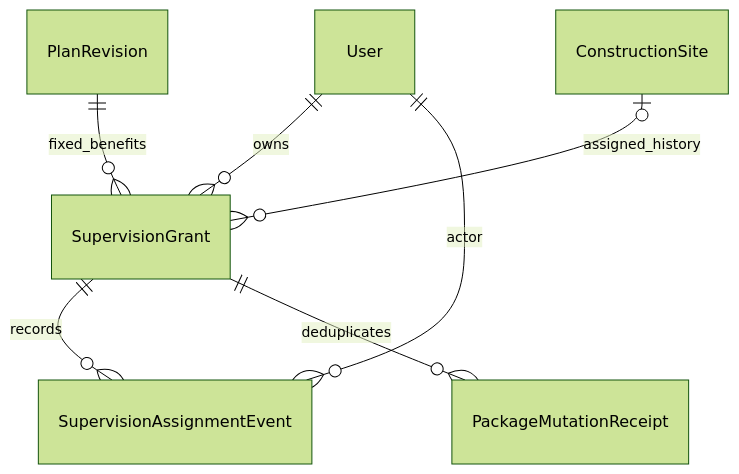
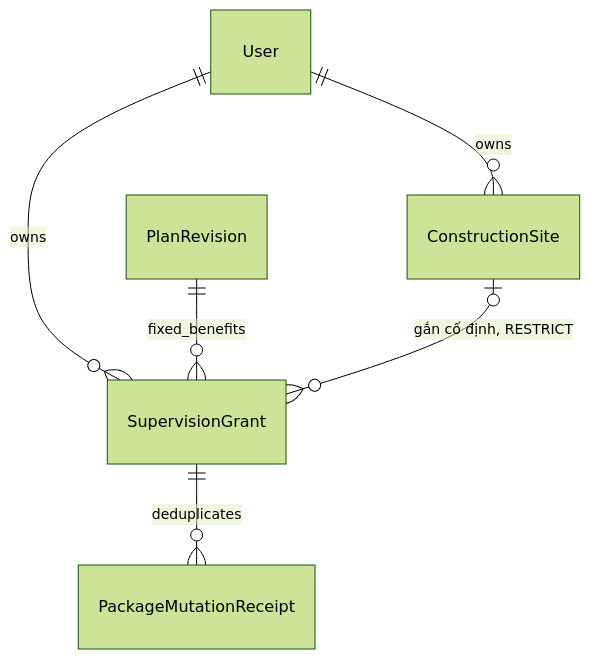
The fifth of 5 diagrams in tdd/TDD-SUB-004.md (TaskCoper/bmt-documentation), drawn with Mermaid (forest theme) before and after one commit. The commit also changed other lines of this file and 15 other files, not shown here.

````diff
--- a/tdd/TDD-SUB-004.md
+++ b/tdd/TDD-SUB-004.md
@@ -230,9 +252,8 @@
 ```mermaid
 erDiagram
     User ||--o{ SupervisionGrant : owns
+    User ||--o{ ConstructionSite : owns
     PlanRevision ||--o{ SupervisionGrant : fixed_benefits
-    ConstructionSite o|--o{ SupervisionGrant : assigned_history
-    SupervisionGrant ||--o{ SupervisionAssignmentEvent : records
-    User ||--o{ SupervisionAssignmentEvent : actor
+    ConstructionSite |o--o{ SupervisionGrant : "gắn cố định, RESTRICT"
     SupervisionGrant ||--o{ PackageMutationReceipt : deduplicates
 ```
````
